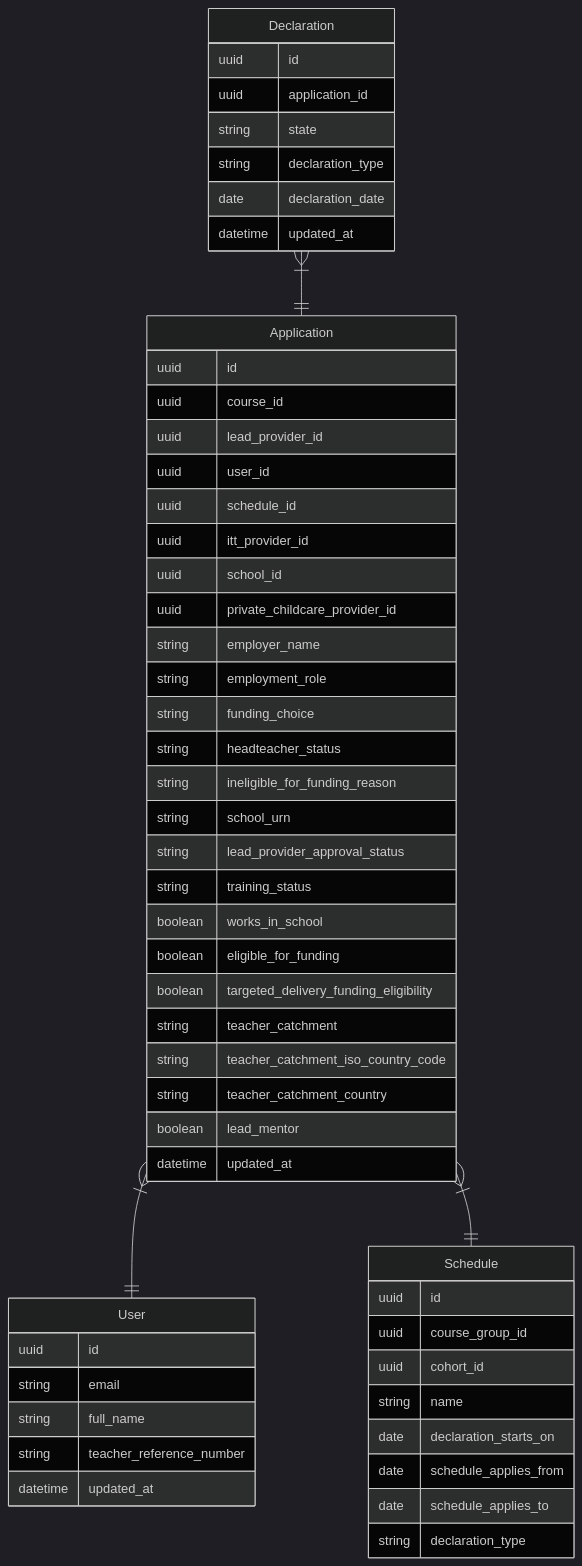
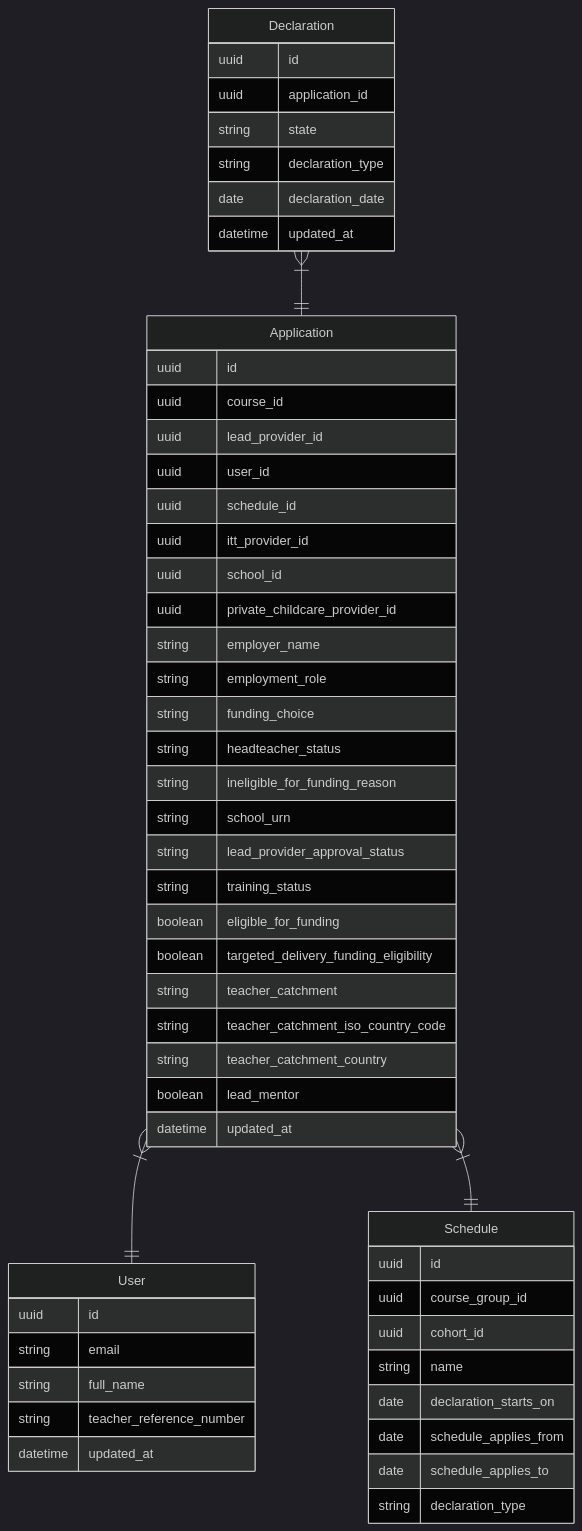
One commit to DFE-Digital/teacher-training-entitlement changed the first of 5 diagrams in docs/data_model.md. Above: the diagram before and after it, drawn with Mermaid (dark theme). The commit also changed 143 other files, not shown here.

Commit message:
Apply new registration flow changes

````diff
--- a/docs/data_model.md
+++ b/docs/data_model.md
@@ -88,61 +88,60 @@
 ```mermaid
 erDiagram
     Application }|--|| User : ""
     Application }|--|| Schedule : ""
     Declaration }|--|| Application : ""
 
     User {
         uuid id
         string email
         string full_name
         string teacher_reference_number
         datetime updated_at
     }
 
     Application {
         uuid id
         uuid course_id
         uuid lead_provider_id
         uuid user_id
         uuid schedule_id
         uuid itt_provider_id
         uuid school_id
         uuid private_childcare_provider_id
         string employer_name
         string employment_role
         string funding_choice
         string headteacher_status
         string ineligible_for_funding_reason
         string school_urn
         string lead_provider_approval_status
         string training_status
-        boolean works_in_school
         boolean eligible_for_funding
         boolean targeted_delivery_funding_eligibility
         string teacher_catchment
         string teacher_catchment_iso_country_code
         string teacher_catchment_country
         boolean lead_mentor
         datetime updated_at
     }
 
     Declaration {
         uuid id
         uuid application_id
         string state
         string declaration_type
         date declaration_date
         datetime updated_at
     }
 
     Schedule {
         uuid id
         uuid course_group_id
         uuid cohort_id
         string name
         date declaration_starts_on
         date schedule_applies_from
         date schedule_applies_to
         string declaration_type
     }
 ```
````
